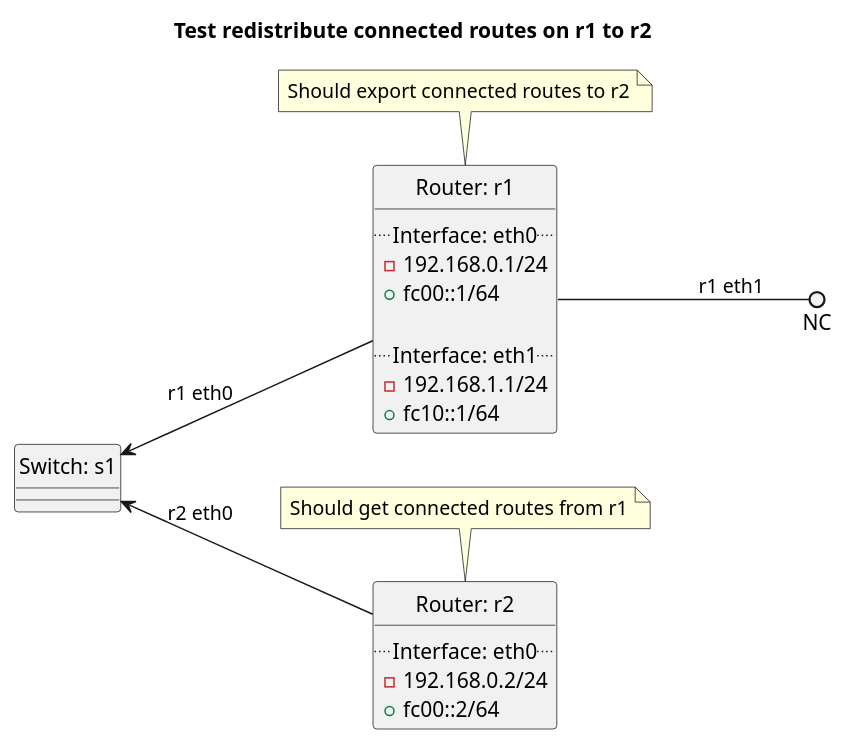
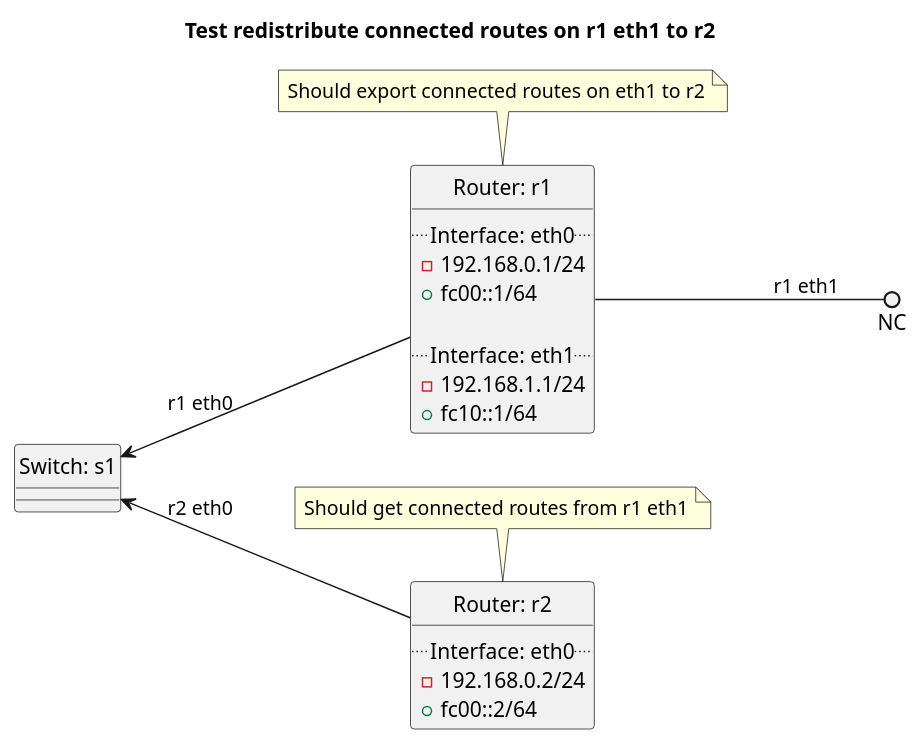
Before and after one commit to oscdev-io/birdplan: the diagram in tests/rip/redistribute_connected/README.md, drawn with PlantUML. The commit also changed other lines of this file, not shown here.

Commit message:
tests/rip/redistribute_connected: Cleaned up comments

````diff
--- a/tests/rip/redistribute_connected/README.md
+++ b/tests/rip/redistribute_connected/README.md
@@ -6,36 +6,36 @@
 ```plantuml
 @startuml
 hide circle
-title Test redistribute connected routes on r1 to r2
+title Test redistribute connected routes on r1 eth1 to r2
 left to right direction
 
 
 class "Router: r1" {
   .. Interface: eth0 ..
 - 192.168.0.1/24
 + fc00::1/64
 
   .. Interface: eth1 ..
 - 192.168.1.1/24
 + fc10::1/64
 }
-note top: Should export connected routes to r2
+note top: Should export connected routes on eth1 to r2
 
 
 class "Router: r2" {
   .. Interface: eth0 ..
 - 192.168.0.2/24
 + fc00::2/64
 }
-note top: Should get connected routes from r1
+note top: Should get connected routes from r1 eth1
 
 
 class "Switch: s1" {}
 
 
 "Switch: s1" <-down- "Router: r1": r1 eth0
 "Switch: s1" <-down- "Router: r2": r2 eth0
 "Router: r1" --() NC: r1 eth1
 
 @enduml
 ```
````
